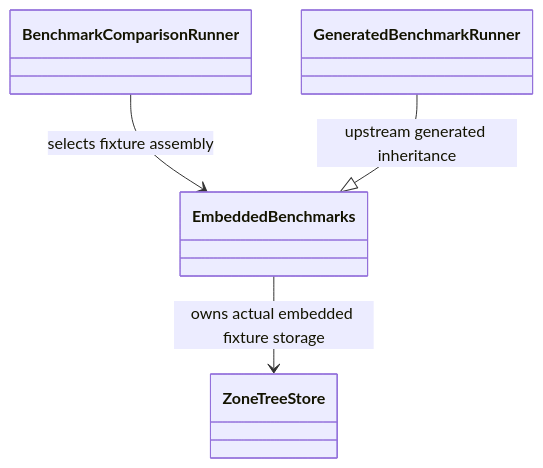
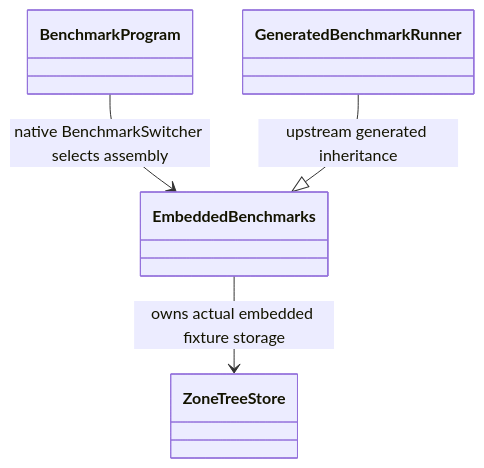
Before and after one commit to managedcode/KeyLoad: diagram 27 of 30 in docs/Architecture.md, drawn with Mermaid. The commit also changed other lines of this file and 24 other files, not shown here.

````diff
--- a/docs/Architecture.md
+++ b/docs/Architecture.md
@@ -727,10 +727,10 @@
 ```mermaid
 classDiagram
-    class BenchmarkComparisonRunner
+    class BenchmarkProgram
     class EmbeddedBenchmarks
     class GeneratedBenchmarkRunner
     class ZoneTreeStore
-    BenchmarkComparisonRunner --> EmbeddedBenchmarks : selects fixture assembly
+    BenchmarkProgram --> EmbeddedBenchmarks : native BenchmarkSwitcher selects assembly
     GeneratedBenchmarkRunner --|> EmbeddedBenchmarks : upstream generated inheritance
     EmbeddedBenchmarks --> ZoneTreeStore : owns actual embedded fixture storage
 ```
````
